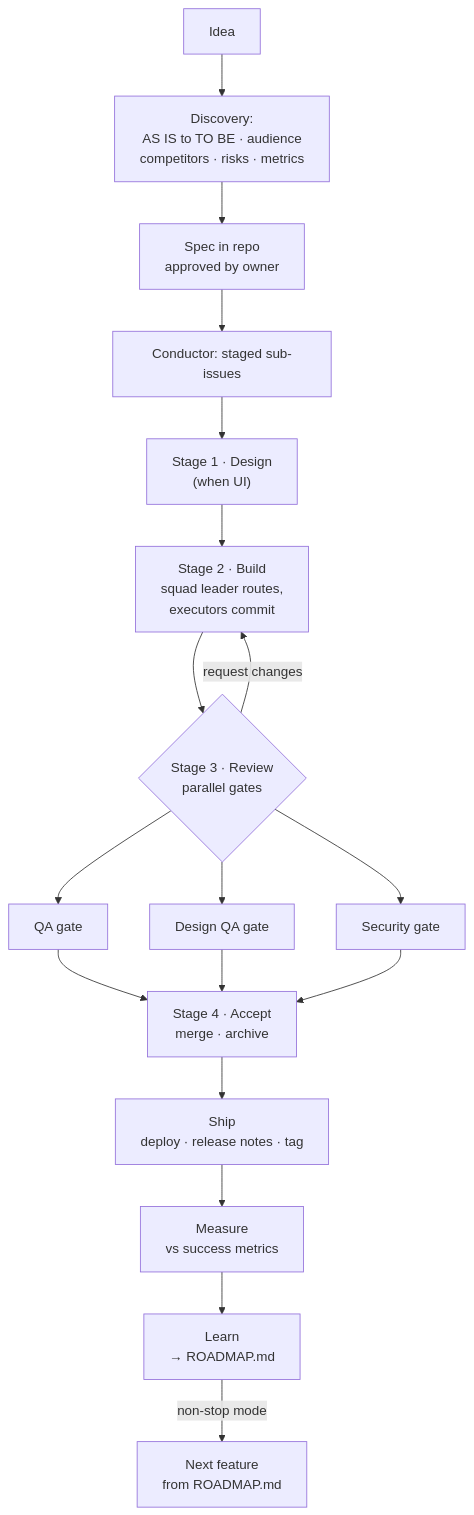
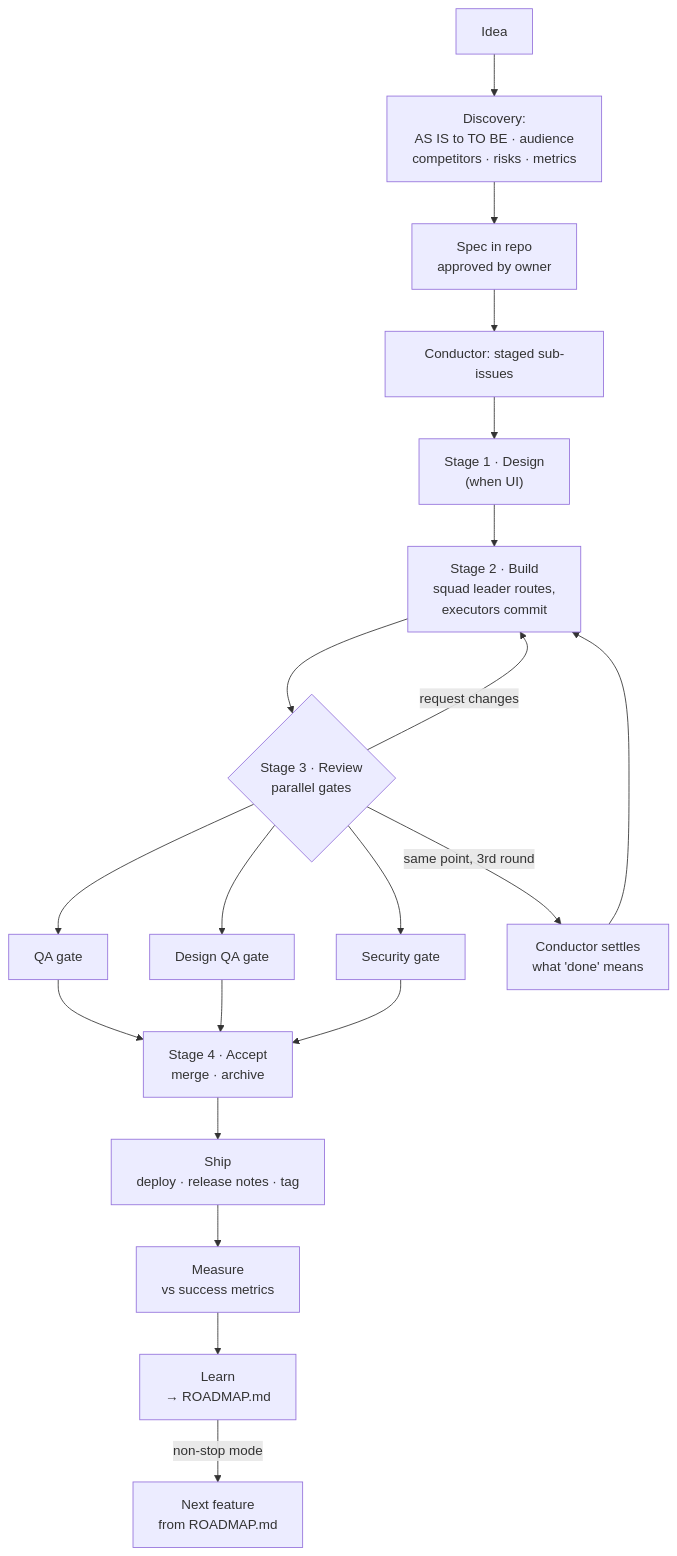
The third of 6 diagrams in WORKFLOW.md (jamillazarev/multica-ops), drawn with Mermaid before and after one commit. The commit also changed other lines of this file and 36 other files, not shown here.

````diff
--- a/WORKFLOW.md
+++ b/WORKFLOW.md
@@ -36,18 +41,20 @@
 ```mermaid
 flowchart TD
     IDEA["Idea"] --> DISC["Discovery:<br/>AS IS to TO BE · audience<br/>competitors · risks · metrics"]
     DISC --> SPEC["Spec in repo<br/>approved by owner"]
     SPEC --> DECOMP["Conductor: staged sub-issues"]
     DECOMP --> S1["Stage 1 · Design<br/>(when UI)"]
     S1 --> S2["Stage 2 · Build<br/>squad leader routes,<br/>executors commit"]
     S2 --> S3{"Stage 3 · Review<br/>parallel gates"}
     S3 --> QA["QA gate"]
     S3 --> DQA["Design QA gate"]
     S3 --> SEC["Security gate"]
     QA & DQA & SEC --> ACC["Stage 4 · Accept<br/>merge · archive"]
     ACC --> SHIP["Ship<br/>deploy · release notes · tag"]
     SHIP --> MEAS["Measure<br/>vs success metrics"]
     MEAS --> LEARN["Learn<br/>→ ROADMAP.md"]
     LEARN -->|non-stop mode| NEXT["Next feature<br/>from ROADMAP.md"]
     S3 -->|request changes| S2
+    S3 -->|same point, 3rd round| CND["Conductor settles<br/>what 'done' means"]
+    CND --> S2
 ```
````
